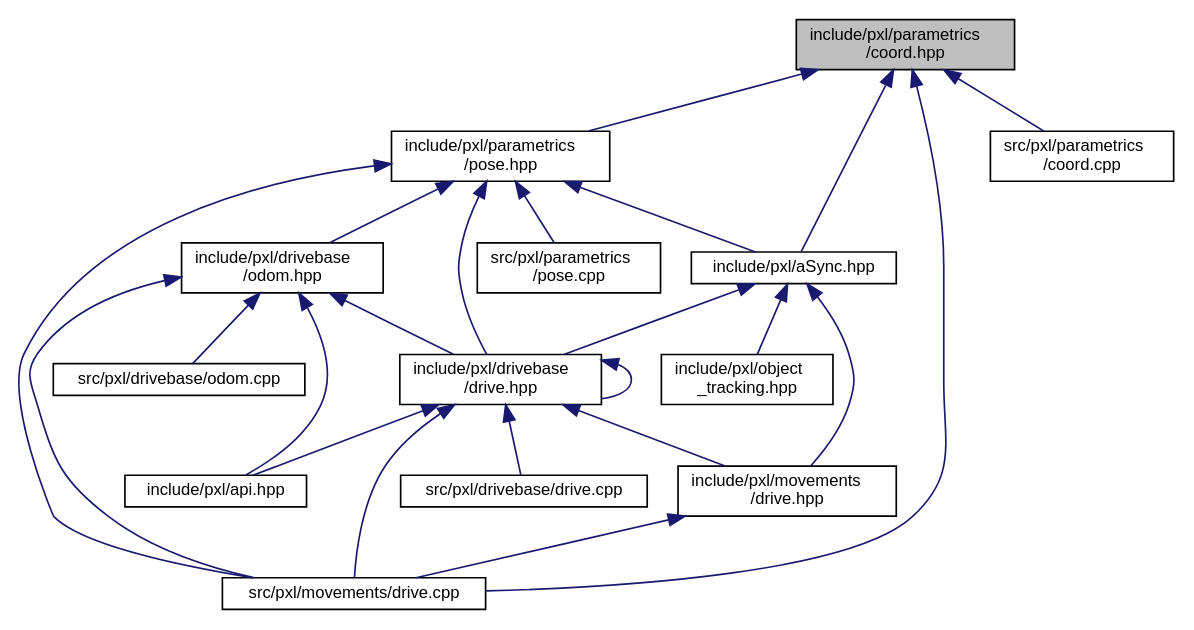
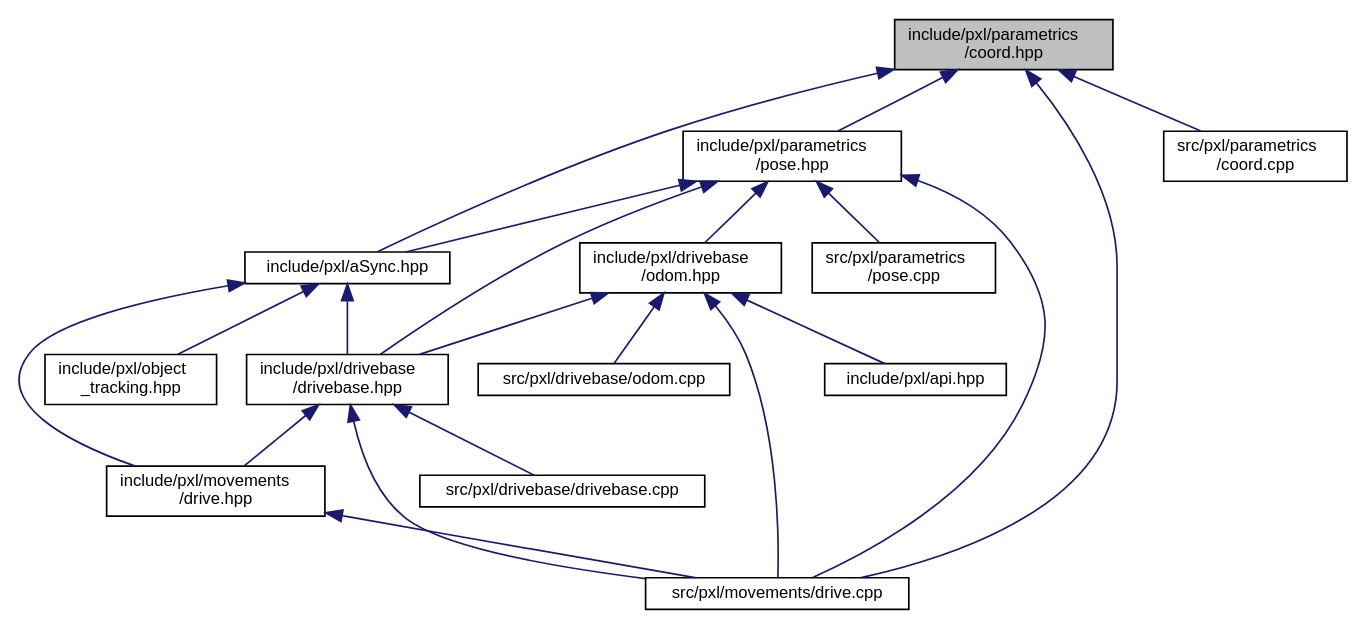
Before and after one commit to Pixel-Lib/Pixel: the diagram in coord_8hpp__dep__incl.dot, drawn with Graphviz. The commit also changed 130 other files, not shown here.

```diff
--- a/coord_8hpp__dep__incl.dot
+++ b/coord_8hpp__dep__incl.dot
@@ -1,41 +1,39 @@
 digraph "include/pxl/parametrics/coord.hpp"
 {
  // LATEX_PDF_SIZE
   edge [fontname="Helvetica",fontsize="10",labelfontname="Helvetica",labelfontsize="10"];
   node [fontname="Helvetica",fontsize="10",shape=record];
   Node1 [label="include/pxl/parametrics\l/coord.hpp",height=0.2,width=0.4,color="black", fillcolor="grey75", style="filled", fontcolor="black",tooltip=" "];
   Node1 -> Node2 [dir="back",color="midnightblue",fontsize="10",style="solid",fontname="Helvetica"];
   Node2 [label="include/pxl/aSync.hpp",height=0.2,width=0.4,color="black", fillcolor="white", style="filled",URL="$aSync_8hpp.html",tooltip=" "];
   Node2 -> Node3 [dir="back",color="midnightblue",fontsize="10",style="solid",fontname="Helvetica"];
-  Node3 [label="include/pxl/drivebase\l/drive.hpp",height=0.2,width=0.4,color="black", fillcolor="white", style="filled",URL="$drivebase_2drive_8hpp.html",tooltip=" "];
+  Node3 [label="include/pxl/drivebase\l/drivebase.hpp",height=0.2,width=0.4,color="black", fillcolor="white", style="filled",URL="$drivebase_8hpp.html",tooltip=" "];
   Node3 -> Node4 [dir="back",color="midnightblue",fontsize="10",style="solid",fontname="Helvetica"];
-  Node4 [label="include/pxl/api.hpp",height=0.2,width=0.4,color="black", fillcolor="white", style="filled",URL="$api_8hpp.html",tooltip=" "];
-  Node3 -> Node3 [dir="back",color="midnightblue",fontsize="10",style="solid",fontname="Helvetica"];
+  Node4 [label="include/pxl/movements\l/drive.hpp",height=0.2,width=0.4,color="black", fillcolor="white", style="filled",URL="$drive_8hpp.html",tooltip=" "];
+  Node4 -> Node5 [dir="back",color="midnightblue",fontsize="10",style="solid",fontname="Helvetica"];
+  Node5 [label="src/pxl/movements/drive.cpp",height=0.2,width=0.4,color="black", fillcolor="white", style="filled",URL="$drive_8cpp.html",tooltip=" "];
+  Node3 -> Node6 [dir="back",color="midnightblue",fontsize="10",style="solid",fontname="Helvetica"];
+  Node6 [label="src/pxl/drivebase/drivebase.cpp",height=0.2,width=0.4,color="black", fillcolor="white", style="filled",URL="$drivebase_8cpp.html",tooltip=" "];
   Node3 -> Node5 [dir="back",color="midnightblue",fontsize="10",style="solid",fontname="Helvetica"];
-  Node5 [label="include/pxl/movements\l/drive.hpp",height=0.2,width=0.4,color="black", fillcolor="white", style="filled",URL="$movements_2drive_8hpp.html",tooltip=" "];
-  Node5 -> Node6 [dir="back",color="midnightblue",fontsize="10",style="solid",fontname="Helvetica"];
-  Node6 [label="src/pxl/movements/drive.cpp",height=0.2,width=0.4,color="black", fillcolor="white", style="filled",URL="$movements_2drive_8cpp.html",tooltip=" "];
-  Node3 -> Node7 [dir="back",color="midnightblue",fontsize="10",style="solid",fontname="Helvetica"];
-  Node7 [label="src/pxl/drivebase/drive.cpp",height=0.2,width=0.4,color="black", fillcolor="white", style="filled",URL="$drivebase_2drive_8cpp.html",tooltip=" "];
-  Node3 -> Node6 [dir="back",color="midnightblue",fontsize="10",style="solid",fontname="Helvetica"];
-  Node2 -> Node5 [dir="back",color="midnightblue",fontsize="10",style="solid",fontname="Helvetica"];
-  Node2 -> Node8 [dir="back",color="midnightblue",fontsize="10",style="solid",fontname="Helvetica"];
-  Node8 [label="include/pxl/object\l_tracking.hpp",height=0.2,width=0.4,color="black", fillcolor="white", style="filled",URL="$object__tracking_8hpp.html",tooltip=" "];
-  Node1 -> Node9 [dir="back",color="midnightblue",fontsize="10",style="solid",fontname="Helvetica"];
-  Node9 [label="include/pxl/parametrics\l/pose.hpp",height=0.2,width=0.4,color="black", fillcolor="white", style="filled",URL="$pose_8hpp.html",tooltip=" "];
-  Node9 -> Node2 [dir="back",color="midnightblue",fontsize="10",style="solid",fontname="Helvetica"];
+  Node2 -> Node4 [dir="back",color="midnightblue",fontsize="10",style="solid",fontname="Helvetica"];
+  Node2 -> Node7 [dir="back",color="midnightblue",fontsize="10",style="solid",fontname="Helvetica"];
+  Node7 [label="include/pxl/object\l_tracking.hpp",height=0.2,width=0.4,color="black", fillcolor="white", style="filled",URL="$object__tracking_8hpp.html",tooltip=" "];
+  Node1 -> Node8 [dir="back",color="midnightblue",fontsize="10",style="solid",fontname="Helvetica"];
+  Node8 [label="include/pxl/parametrics\l/pose.hpp",height=0.2,width=0.4,color="black", fillcolor="white", style="filled",URL="$pose_8hpp.html",tooltip=" "];
+  Node8 -> Node2 [dir="back",color="midnightblue",fontsize="10",style="solid",fontname="Helvetica"];
+  Node8 -> Node3 [dir="back",color="midnightblue",fontsize="10",style="solid",fontname="Helvetica"];
+  Node8 -> Node9 [dir="back",color="midnightblue",fontsize="10",style="solid",fontname="Helvetica"];
+  Node9 [label="include/pxl/drivebase\l/odom.hpp",height=0.2,width=0.4,color="black", fillcolor="white", style="filled",URL="$odom_8hpp.html",tooltip=" "];
+  Node9 -> Node10 [dir="back",color="midnightblue",fontsize="10",style="solid",fontname="Helvetica"];
+  Node10 [label="include/pxl/api.hpp",height=0.2,width=0.4,color="black", fillcolor="white", style="filled",URL="$api_8hpp.html",tooltip=" "];
   Node9 -> Node3 [dir="back",color="midnightblue",fontsize="10",style="solid",fontname="Helvetica"];
-  Node9 -> Node10 [dir="back",color="midnightblue",fontsize="10",style="solid",fontname="Helvetica"];
-  Node10 [label="include/pxl/drivebase\l/odom.hpp",height=0.2,width=0.4,color="black", fillcolor="white", style="filled",URL="$odom_8hpp.html",tooltip=" "];
-  Node10 -> Node4 [dir="back",color="midnightblue",fontsize="10",style="solid",fontname="Helvetica"];
-  Node10 -> Node3 [dir="back",color="midnightblue",fontsize="10",style="solid",fontname="Helvetica"];
-  Node10 -> Node11 [dir="back",color="midnightblue",fontsize="10",style="solid",fontname="Helvetica"];
+  Node9 -> Node11 [dir="back",color="midnightblue",fontsize="10",style="solid",fontname="Helvetica"];
   Node11 [label="src/pxl/drivebase/odom.cpp",height=0.2,width=0.4,color="black", fillcolor="white", style="filled",URL="$odom_8cpp.html",tooltip=" "];
-  Node10 -> Node6 [dir="back",color="midnightblue",fontsize="10",style="solid",fontname="Helvetica"];
-  Node9 -> Node6 [dir="back",color="midnightblue",fontsize="10",style="solid",fontname="Helvetica"];
-  Node9 -> Node12 [dir="back",color="midnightblue",fontsize="10",style="solid",fontname="Helvetica"];
+  Node9 -> Node5 [dir="back",color="midnightblue",fontsize="10",style="solid",fontname="Helvetica"];
+  Node8 -> Node5 [dir="back",color="midnightblue",fontsize="10",style="solid",fontname="Helvetica"];
+  Node8 -> Node12 [dir="back",color="midnightblue",fontsize="10",style="solid",fontname="Helvetica"];
   Node12 [label="src/pxl/parametrics\l/pose.cpp",height=0.2,width=0.4,color="black", fillcolor="white", style="filled",URL="$pose_8cpp.html",tooltip=" "];
-  Node1 -> Node6 [dir="back",color="midnightblue",fontsize="10",style="solid",fontname="Helvetica"];
+  Node1 -> Node5 [dir="back",color="midnightblue",fontsize="10",style="solid",fontname="Helvetica"];
   Node1 -> Node13 [dir="back",color="midnightblue",fontsize="10",style="solid",fontname="Helvetica"];
   Node13 [label="src/pxl/parametrics\l/coord.cpp",height=0.2,width=0.4,color="black", fillcolor="white", style="filled",URL="$coord_8cpp.html",tooltip=" "];
 }
```
